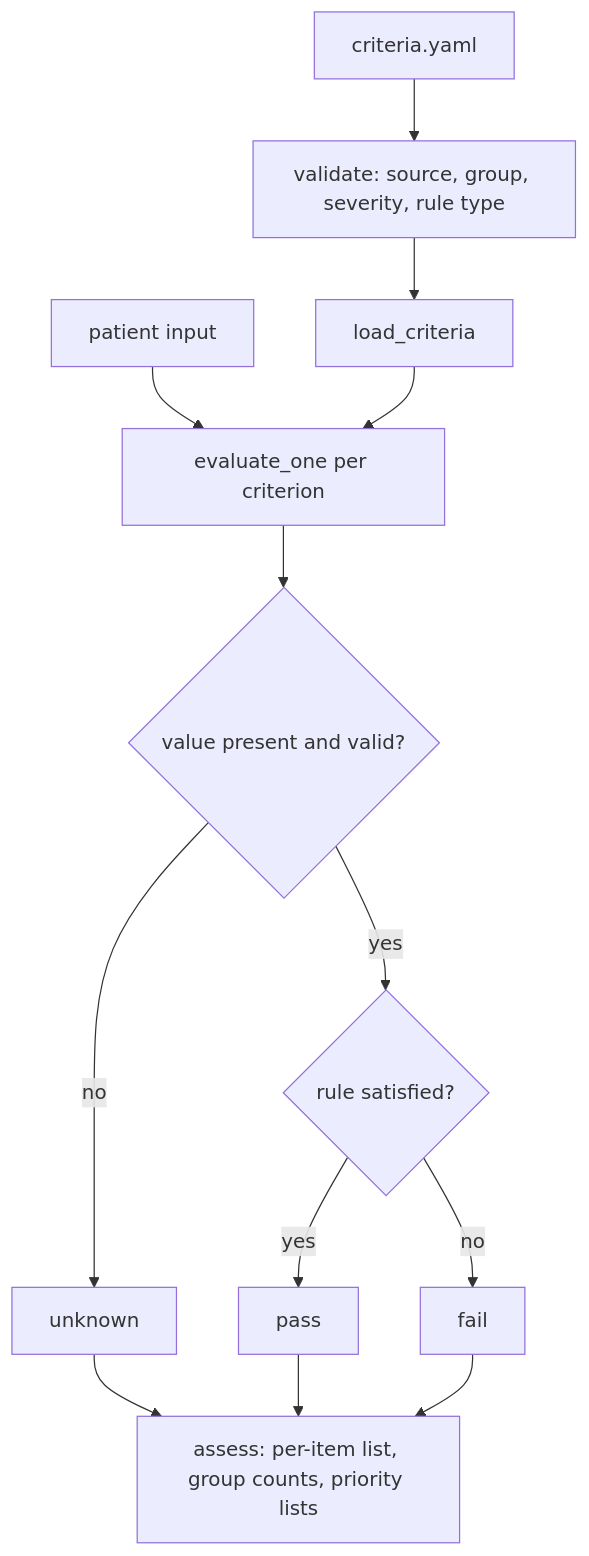
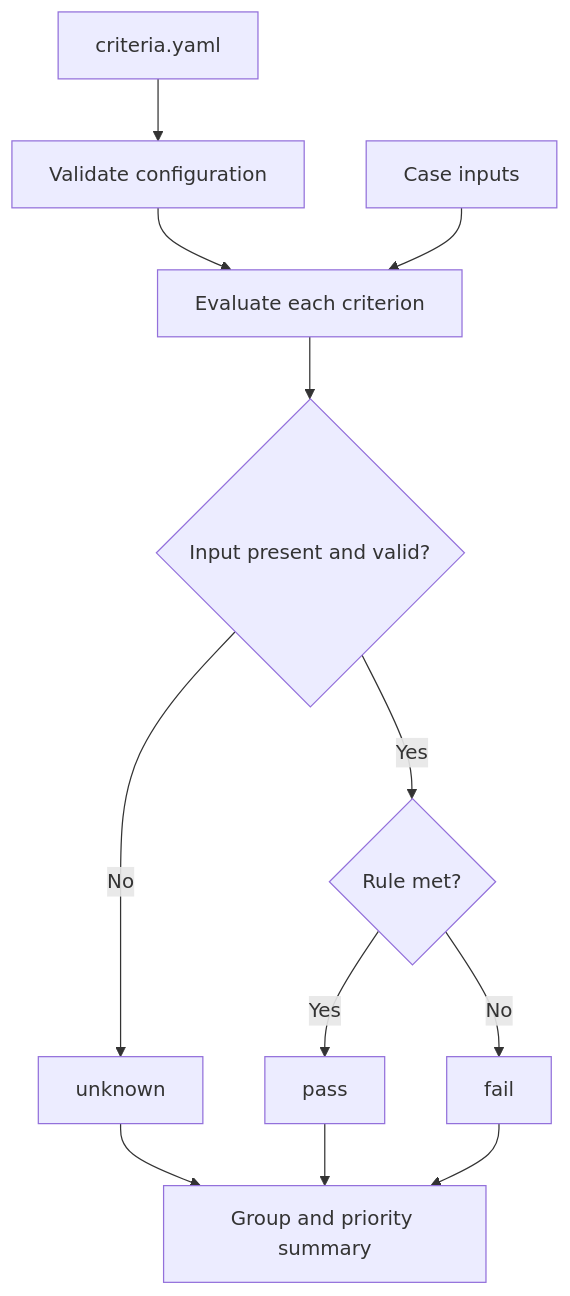
One commit to discharge-ai-fyp/discharge-readiness-system changed the third of 3 diagrams in docs/system_design.md. Above: the diagram before and after it, drawn with Mermaid. The commit also changed other lines of this file and 2 other files, not shown here.

````diff
--- a/docs/system_design.md
+++ b/docs/system_design.md
@@ -168,15 +135,14 @@
 ```mermaid
 flowchart TD
-  Y[criteria.yaml] --> V[validate: source, group, severity, rule type]
-  V --> L[load_criteria]
-  IN[patient input] --> E[evaluate_one per criterion]
-  L --> E
-  E --> S{value present and valid?}
-  S -->|no| U[unknown]
-  S -->|yes| R{rule satisfied?}
-  R -->|yes| P[pass]
-  R -->|no| F[fail]
-  U --> A[assess: per-item list, group counts, priority lists]
-  P --> A
-  F --> A
+  Y[criteria.yaml] --> V[Validate configuration]
+  V --> E[Evaluate each criterion]
+  P[Case inputs] --> E
+  E --> U{Input present and valid?}
+  U -->|No| UK[unknown]
+  U -->|Yes| R{Rule met?}
+  R -->|Yes| PA[pass]
+  R -->|No| FA[fail]
+  UK --> S[Group and priority summary]
+  PA --> S
+  FA --> S
 ```
````
